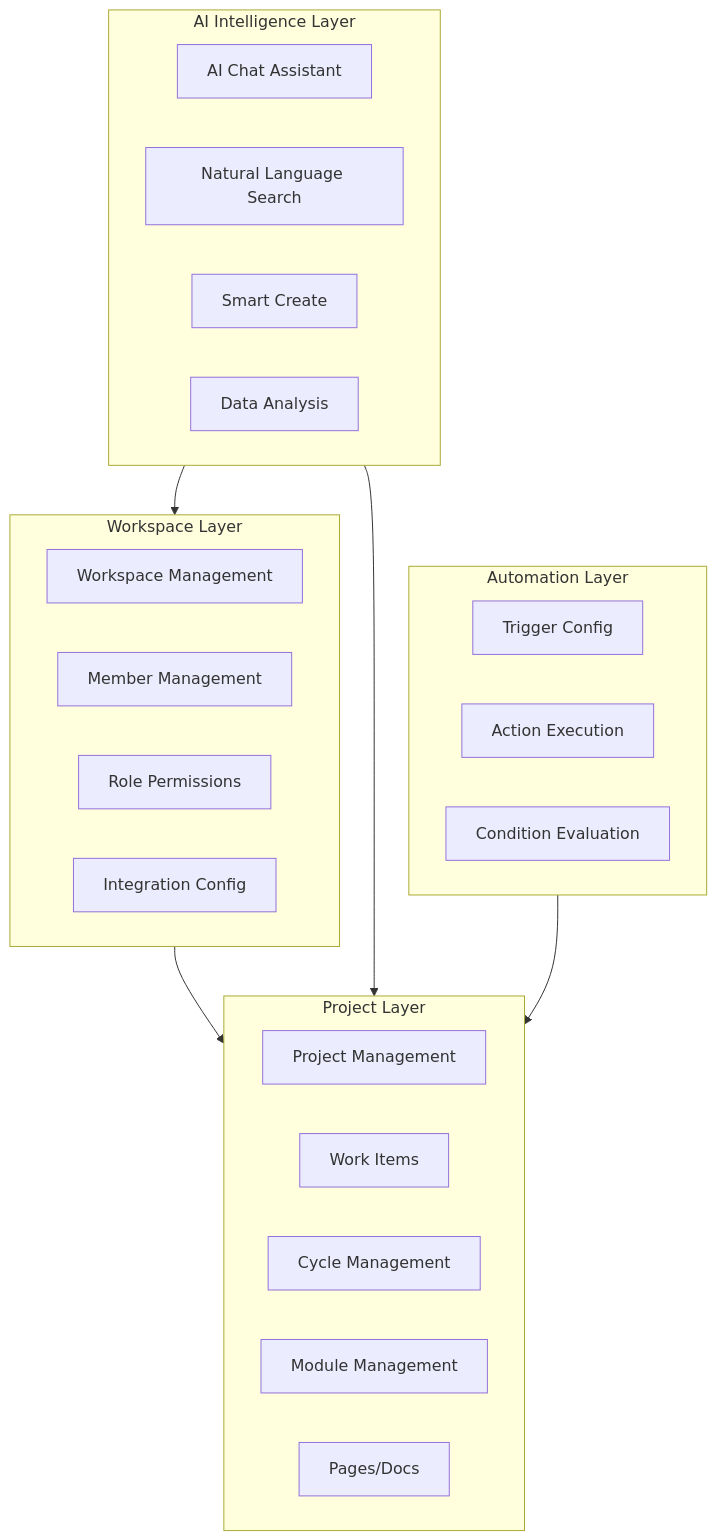
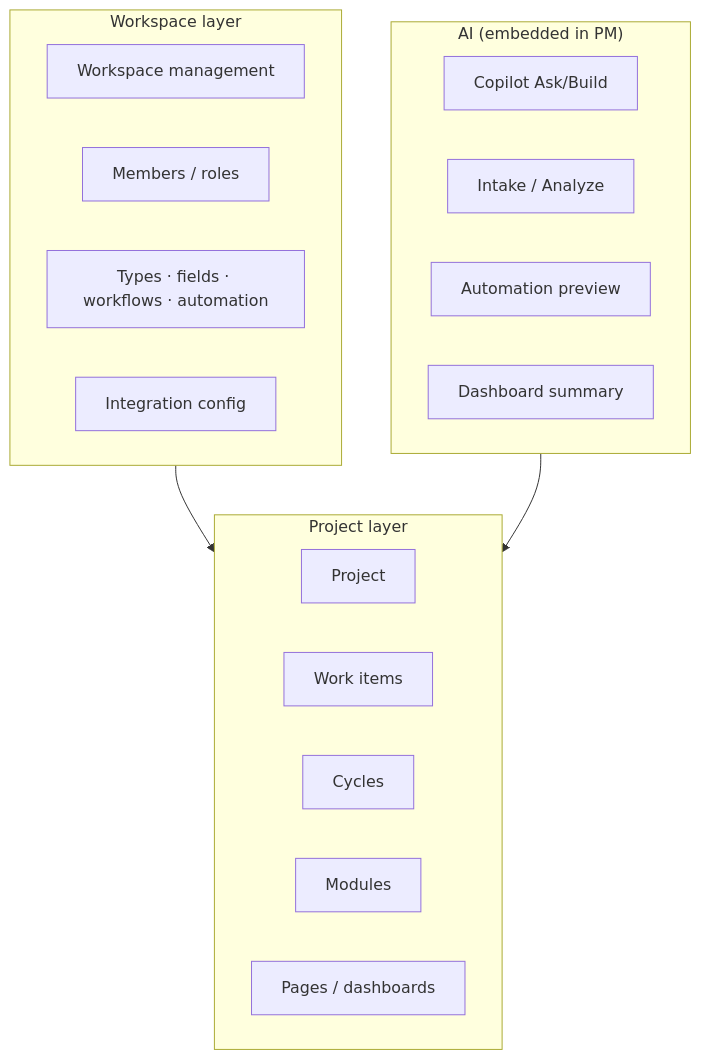
The first of 10 diagrams in docs/kb/PRD.en.md (vinthuy/reqmango), drawn with Mermaid before and after one commit. The commit also changed other lines of this file and 18 other files, not shown here.

````diff
--- a/docs/kb/PRD.en.md
+++ b/docs/kb/PRD.en.md
@@ -37,35 +43,27 @@
 ```mermaid
 flowchart TB
-    subgraph Workspace["Workspace Layer"]
-        A[Workspace Management]
-        B[Member Management]
-        C[Role Permissions]
-        D[Integration Config]
+    subgraph Workspace["Workspace layer"]
+        A[Workspace management]
+        B[Members / roles]
+        C[Types · fields · workflows · automation]
+        D[Integration config]
     end
-    
-    subgraph Project["Project Layer"]
-        E[Project Management]
-        F[Work Items]
-        G[Cycle Management]
-        H[Module Management]
-        I[Pages/Docs]
+
+    subgraph Project["Project layer"]
+        E[Project]
+        F[Work items]
+        G[Cycles]
+        H[Modules]
+        I[Pages / dashboards]
     end
-    
-    subgraph AI["AI Intelligence Layer"]
-        J[AI Chat Assistant]
-        K[Natural Language Search]
-        L[Smart Create]
-        M[Data Analysis]
+
+    subgraph AI["AI (embedded in PM)"]
+        J[Copilot Ask/Build]
+        K[Intake / Analyze]
+        L[Automation preview]
+        M[Dashboard summary]
     end
-    
-    subgraph Automation["Automation Layer"]
-        N[Trigger Config]
-        O[Action Execution]
-        P[Condition Evaluation]
-    end
-    
+
     Workspace --> Project
     AI --> Project
-    AI --> Workspace
-    Automation --> Project
 ```
````
